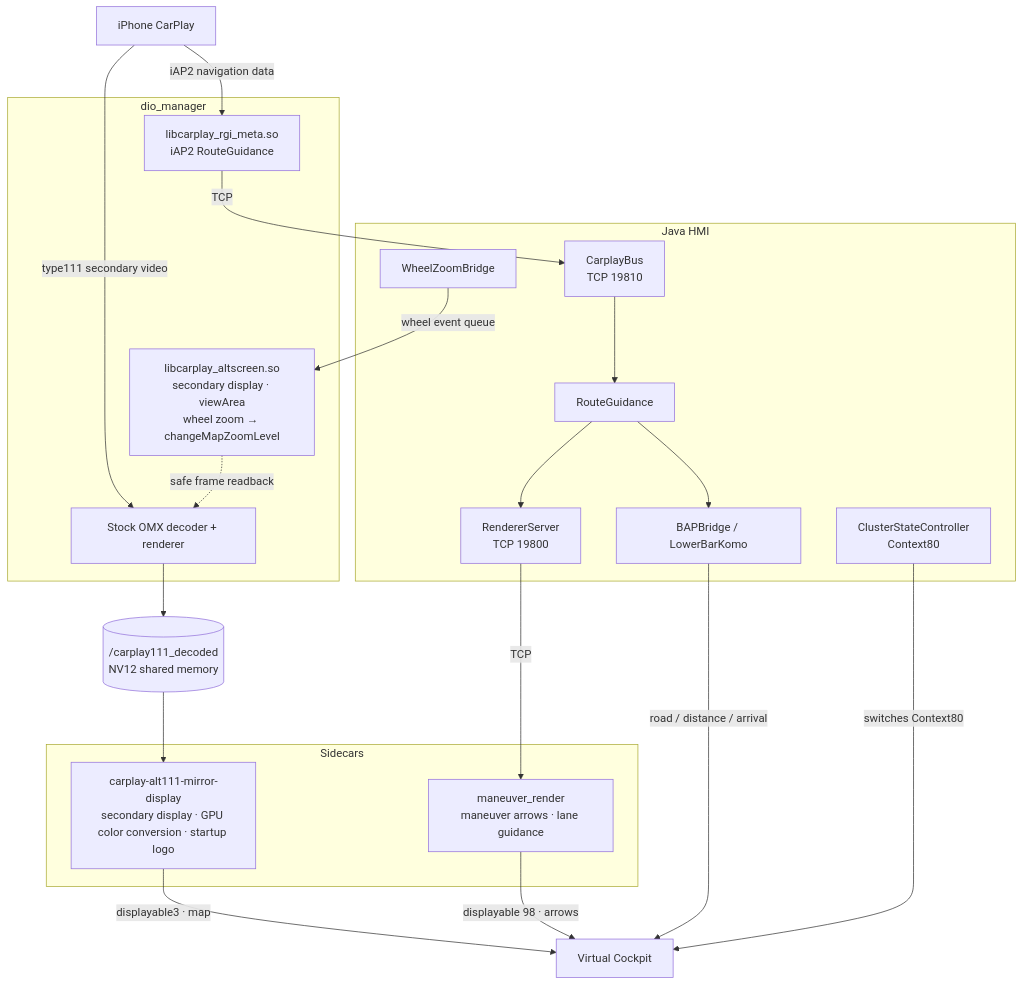
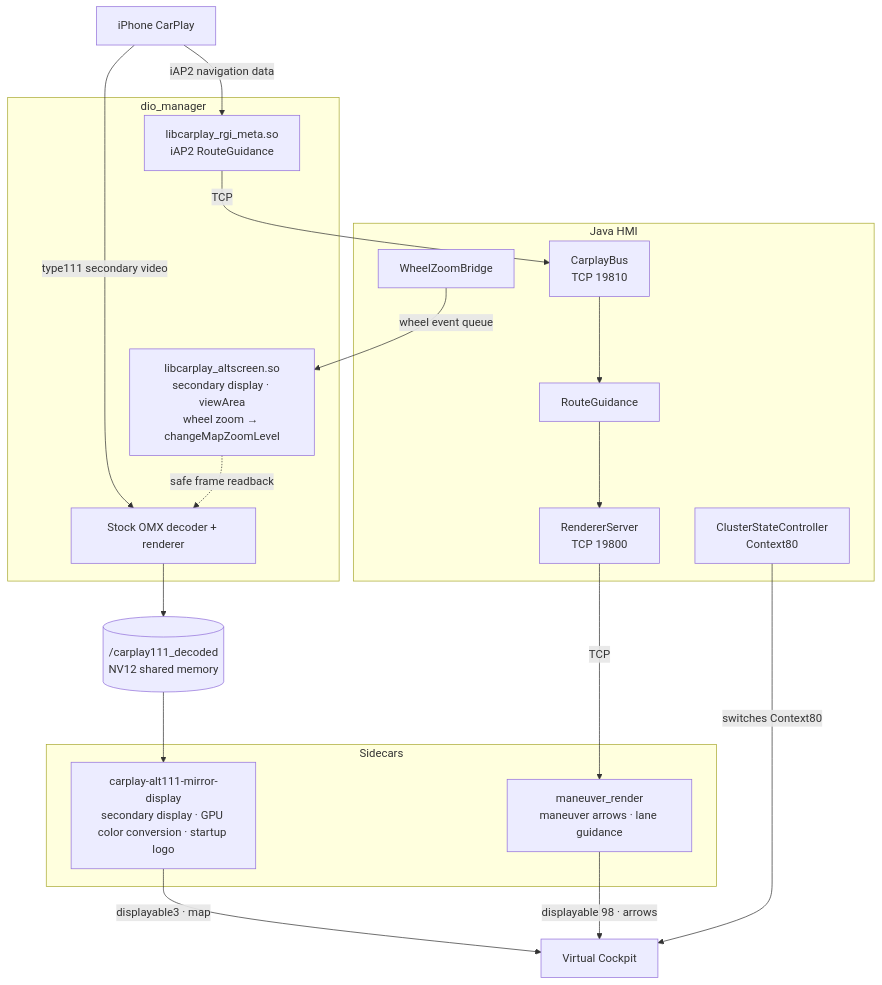
One commit to yuedizhibo/MHI2Q-CarPlay-AltScreen changed the diagram in README_EN.md. Above: the diagram before and after it, drawn with Mermaid. The commit also changed other lines of this file and 1 other file, not shown here.

````diff
--- a/README_EN.md
+++ b/README_EN.md
@@ -91,41 +90,38 @@
 ```mermaid
 flowchart TB
     iPhone["iPhone CarPlay"]
 
     subgraph DIO["dio_manager"]
         OMX["Stock OMX decoder + renderer"]
         ALT["libcarplay_altscreen.so<br/>secondary display · viewArea<br/>wheel zoom → changeMapZoomLevel"]
         RGIM["libcarplay_rgi_meta.so<br/>iAP2 RouteGuidance"]
     end
 
     SHM[("/carplay111_decoded<br/>NV12 shared memory")]
 
     subgraph HMI["Java HMI"]
         BUS["CarplayBus<br/>TCP 19810"]
         RG["RouteGuidance"]
-        BAP["BAPBridge / LowerBarKomo"]
         RS["RendererServer<br/>TCP 19800"]
         CSC["ClusterStateController<br/>Context80"]
         WZ["WheelZoomBridge"]
     end
 
     subgraph SIDE["Sidecars"]
         MIR["carplay-alt111-mirror-display<br/>secondary display · GPU color conversion · startup logo"]
         MR["maneuver_render<br/>maneuver arrows · lane guidance"]
     end
 
     VC["Virtual Cockpit"]
 
     iPhone -- "type111 secondary video" --> OMX
     iPhone -- "iAP2 navigation data" --> RGIM
     ALT -. "safe frame readback" .-> OMX
     OMX --> SHM --> MIR
     RGIM -- "TCP" --> BUS --> RG
-    RG --> BAP
     RG --> RS -- "TCP" --> MR
     WZ -- "wheel event queue" --> ALT
     MIR -- "displayable3 · map" --> VC
     MR -- "displayable 98 · arrows" --> VC
-    BAP -- "road / distance / arrival" --> VC
     CSC -- "switches Context80" --> VC
 ```
````
